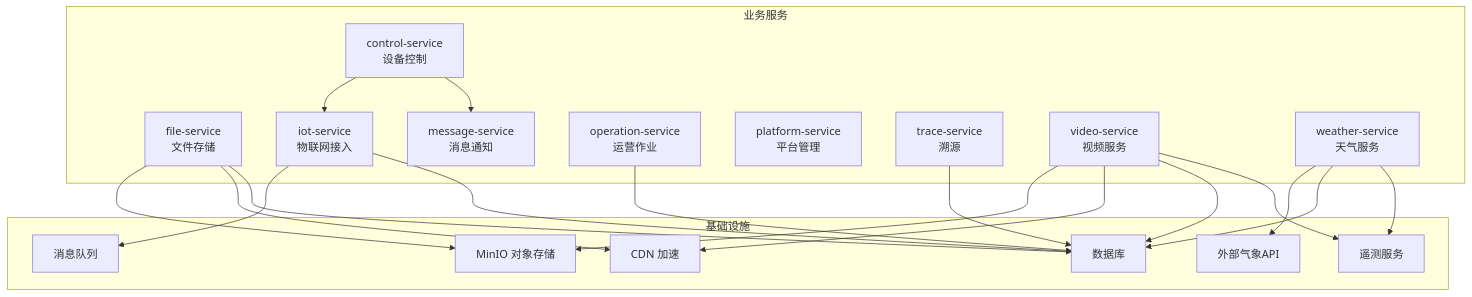
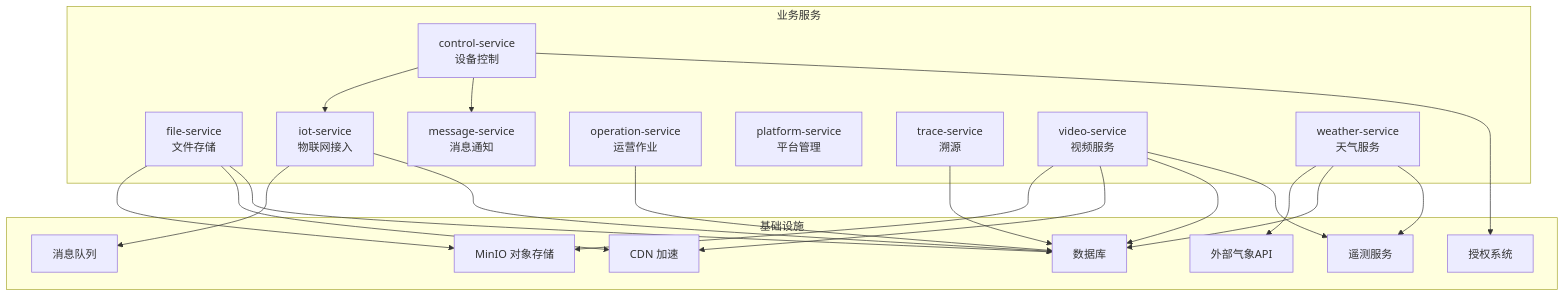
One commit to q446328246/agri-platform changed the first of 39 diagrams in .qoder/repowiki/zh/content/核心服务文档/其他业务服务.md. Above: the diagram before and after it, drawn with Mermaid. The commit also changed other lines of this file and 46 other files, not shown here.

````diff
--- a/.qoder/repowiki/zh/content/核心服务文档/其他业务服务.md
+++ b/.qoder/repowiki/zh/content/核心服务文档/其他业务服务.md
@@ -83,38 +87,40 @@
 ```mermaid
 graph TB
 subgraph "业务服务"
 CS["control-service<br/>设备控制"]
 FS["file-service<br/>文件存储"]
 IoT["iot-service<br/>物联网接入"]
 MS["message-service<br/>消息通知"]
 OPS["operation-service<br/>运营作业"]
 PLAT["platform-service<br/>平台管理"]
 TRC["trace-service<br/>溯源"]
 VID["video-service<br/>视频服务"]
 WTH["weather-service<br/>天气服务"]
 end
 subgraph "基础设施"
 MINIO["MinIO 对象存储"]
 DB["数据库"]
 MQ["消息队列"]
 CDN["CDN 加速"]
 EXT["外部气象API"]
 TELEMETRY["遥测服务"]
+AUTHZ["授权系统"]
 end
 CS --> IoT
 CS --> MS
+CS --> AUTHZ
 FS --> MINIO
 FS --> CDN
 FS --> DB
 IoT --> MQ
 IoT --> DB
 TRC --> DB
 VID --> MINIO
 VID --> CDN
 VID --> DB
 VID --> TELEMETRY
 WTH --> EXT
 WTH --> DB
 WTH --> TELEMETRY
 OPS --> DB
 ```
````
